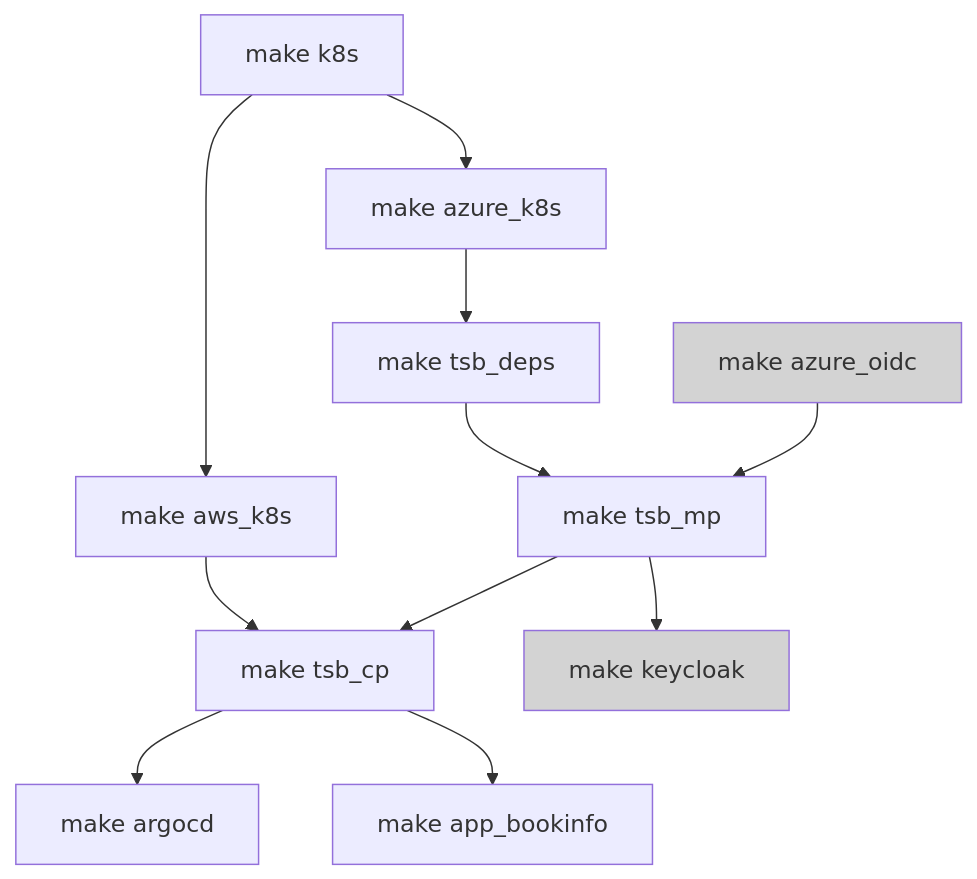
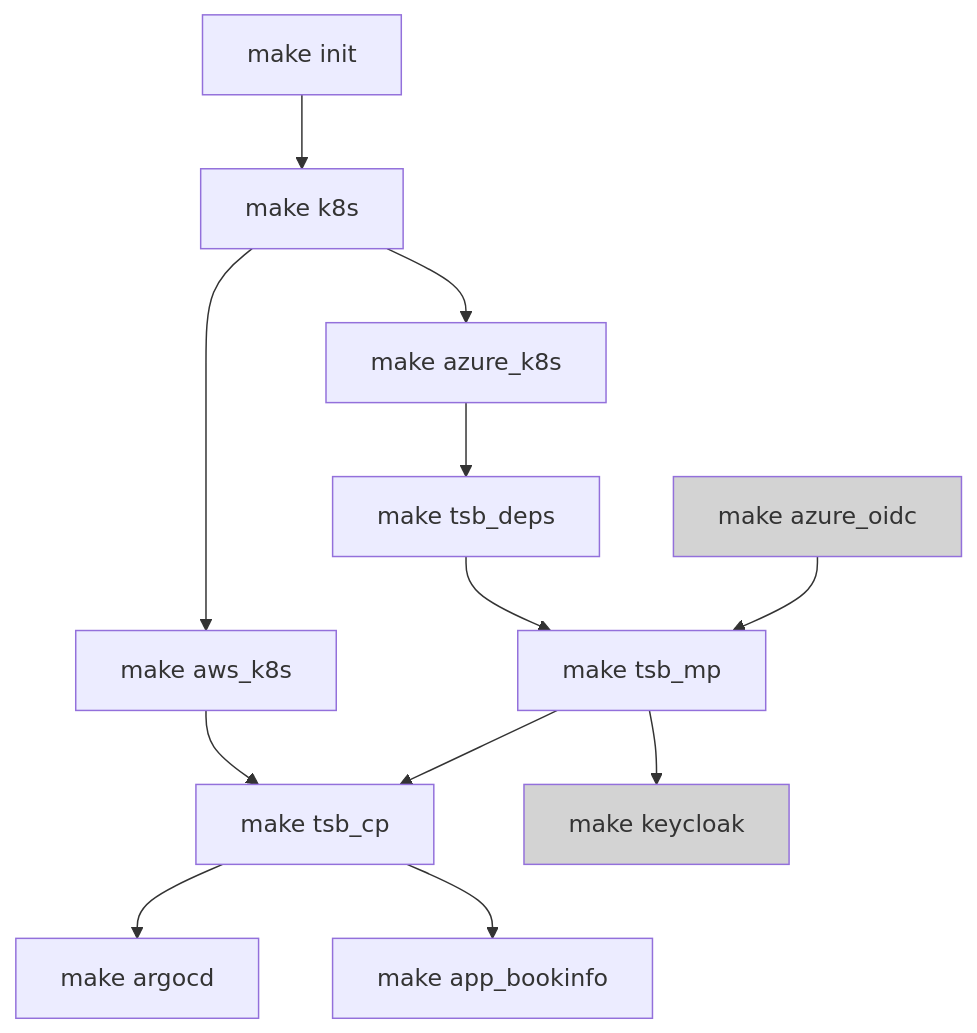
Before and after one commit to tetratelabs/tetrate-service-bridge-sandbox: the diagram in README.md, drawn with Mermaid.

````diff
--- a/README.md
+++ b/README.md
@@ -8,15 +8,16 @@
 ```mermaid
   graph TD;
+      I[make init] --> AAA[make k8s]
       AAA[make k8s] --> A[make azure_k8s]
       AAA[make k8s] --> AA[make aws_k8s]
       A[make azure_k8s] --> B[make tsb_deps]
       AA[make aws_k8s] --> D[make tsb_cp]
       B[make tsb_deps] --> C[make tsb_mp]
       Y[make azure_oidc] --> C[make tsb_mp]
       C[make tsb_mp] --> D[make tsb_cp]
       C[make tsb_mp] --> F[make keycloak]
       D[make tsb_cp] --> E[make argocd]
       D[make tsb_cp] --> Z[make app_bookinfo]
       style Y fill:lightgrey
       style F fill:lightgrey
 ```
````
